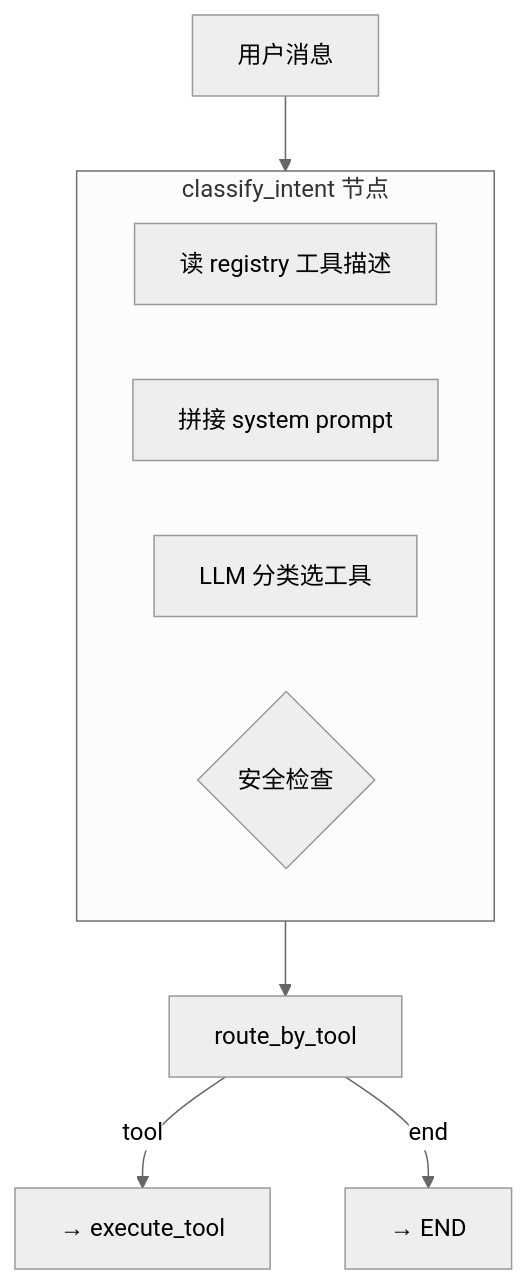
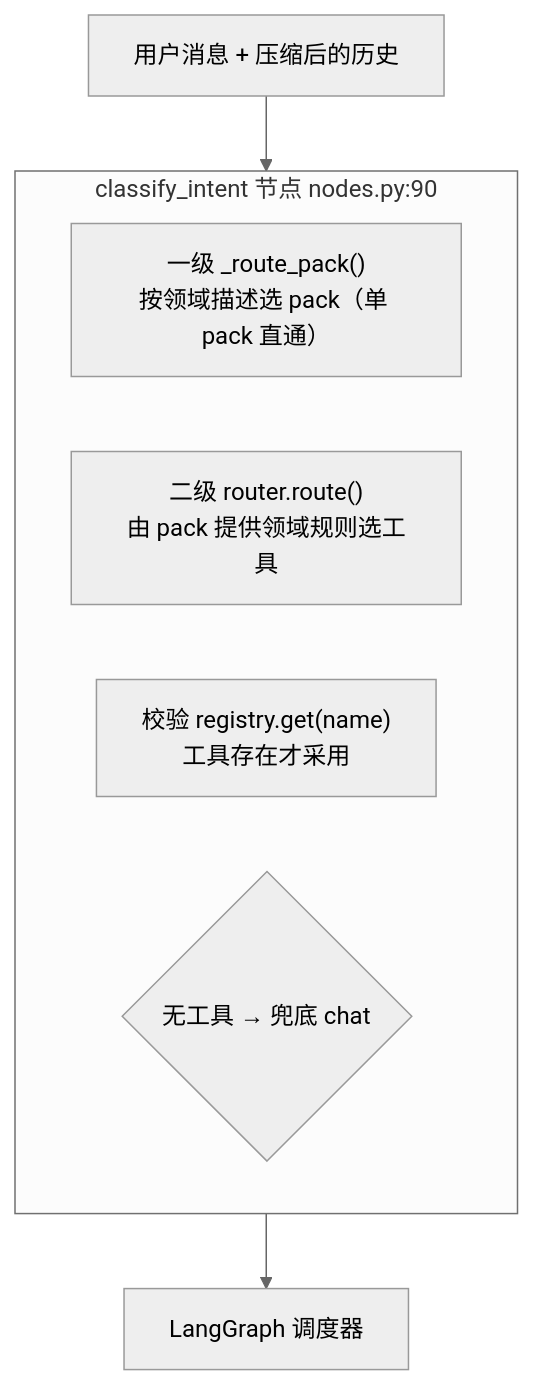
The third of 33 diagrams in doc/系统架构与学习指南.md (996Code/llm-to-modeler), drawn with Mermaid (neutral theme) before and after one commit. The commit also changed other lines of this file and 82 other files, not shown here.

````diff
--- a/doc/系统架构与学习指南.md
+++ b/doc/系统架构与学习指南.md
@@ -72,15 +79,13 @@
 ```mermaid
 flowchart TD
-    Input["用户消息"] --> Classify
+    Input["用户消息 + 压缩后的历史"] --> Classify
 
-    subgraph Classify["classify_intent 节点"]
-        C1["读 registry 工具描述"]
-        C2["拼接 system prompt"]
-        C3["LLM 分类选工具"]
-        C4{"安全检查"}
+    subgraph Classify["classify_intent 节点 nodes.py:90"]
+        C1["一级 _route_pack()<br/>按领域描述选 pack（单 pack 直通）"]
+        C2["二级 router.route()<br/>由 pack 提供领域规则选工具"]
+        C3["校验 registry.get(name)<br/>工具存在才采用"]
+        C4{"无工具 → 兜底 chat"}
     end
 
-    Classify --> Router["route_by_tool"]
-    Router -->|"tool"| Execute["→ execute_tool"]
-    Router -->|"end"| End["→ END"]
+    Classify --> Router["LangGraph 调度器"]
 ```
````
